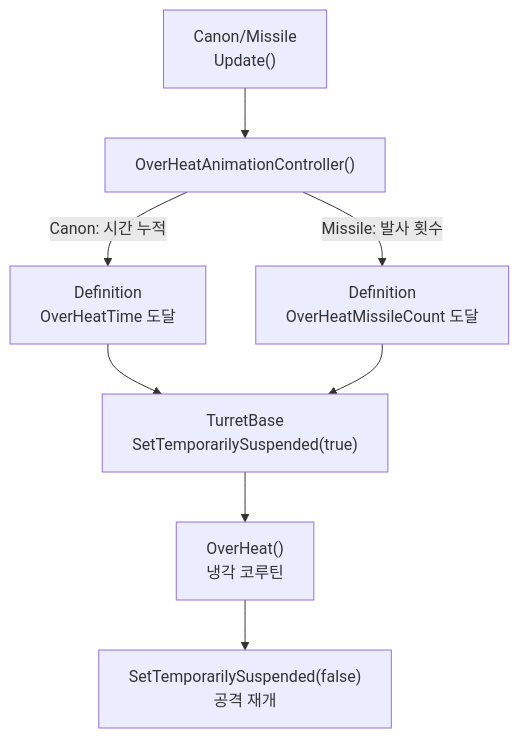
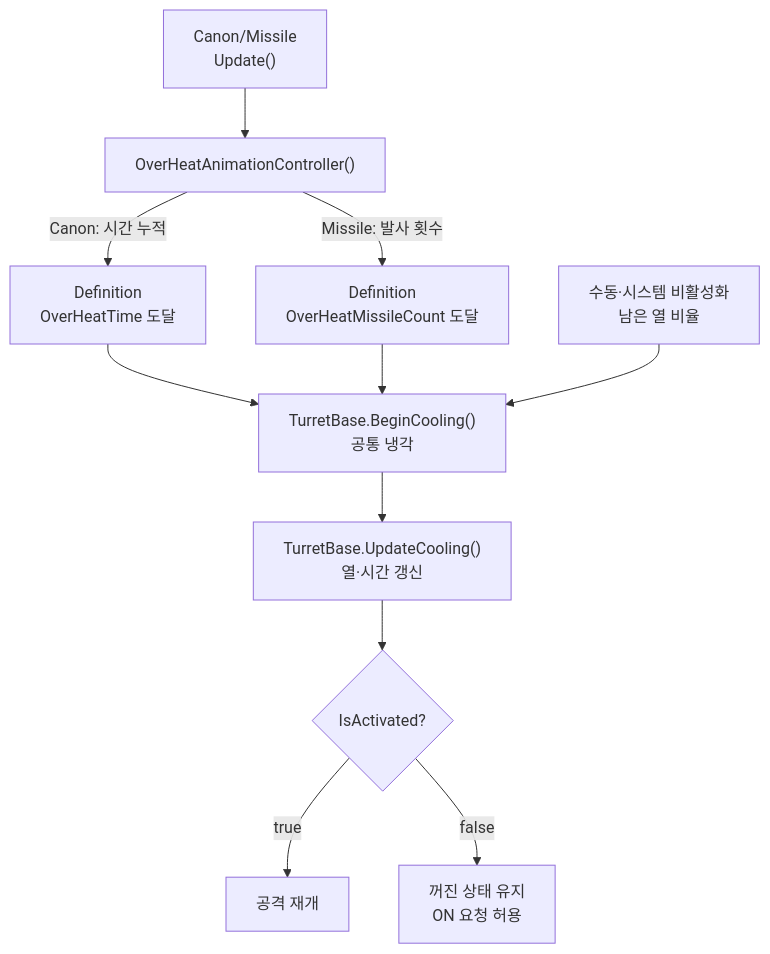
Before and after one commit to Team-HJD-21/team-hjd-docs: the tenth of 16 diagrams in docs/projects/the-developer/turret/runtime-flows.md, drawn with Mermaid. The commit also changed other lines of this file and 13 other files, not shown here.

Commit message:
docs: sync player HUD and turret cooling API 1277de10

````diff
--- a/docs/projects/the-developer/turret/runtime-flows.md
+++ b/docs/projects/the-developer/turret/runtime-flows.md
@@ -456,10 +458,13 @@
 ```mermaid
 flowchart TD
     Combat["Canon/Missile<br>Update()"] --> Check["OverHeatAnimationController()"]
     Check -->|Canon: 시간 누적| CanonHeat["Definition<br>OverHeatTime 도달"]
     Check -->|Missile: 발사 횟수| MissileHeat["Definition<br>OverHeatMissileCount 도달"]
-    CanonHeat --> Suspend["TurretBase<br>SetTemporarilySuspended(true)"]
-    MissileHeat --> Suspend
-    Suspend --> Cool["OverHeat()<br>냉각 코루틴"]
-    Cool --> Resume["SetTemporarilySuspended(false)<br>공격 재개"]
+    CanonHeat --> Begin["TurretBase.BeginCooling()<br>공통 냉각"]
+    MissileHeat --> Begin
+    Off["수동·시스템 비활성화<br>남은 열 비율"] --> Begin
+    Begin --> Cool["TurretBase.UpdateCooling()<br>열·시간 갱신"]
+    Cool --> Complete{"IsActivated?"}
+    Complete -->|true| Resume["공격 재개"]
+    Complete -->|false| Ready["꺼진 상태 유지<br>ON 요청 허용"]
 ```
````
